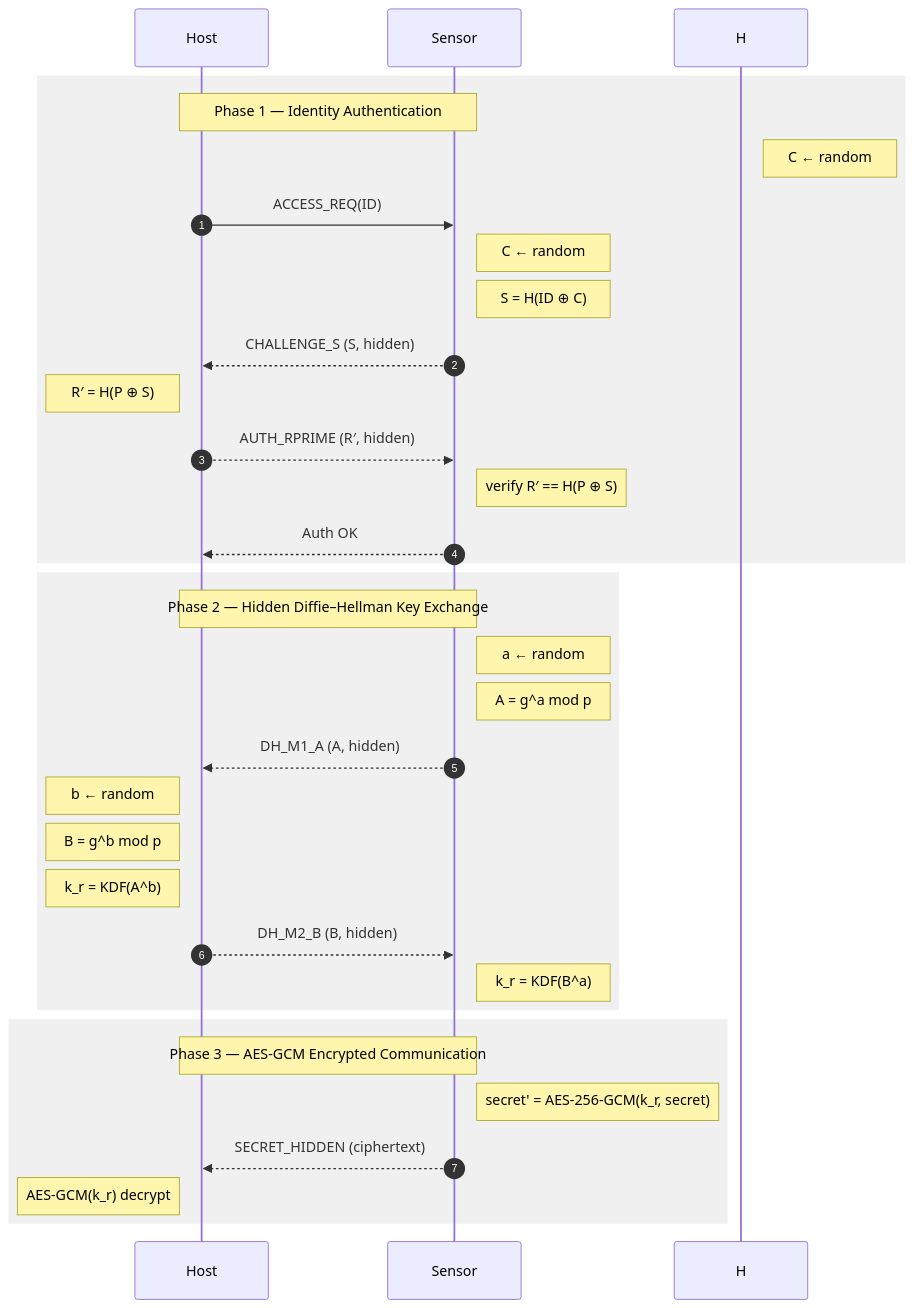
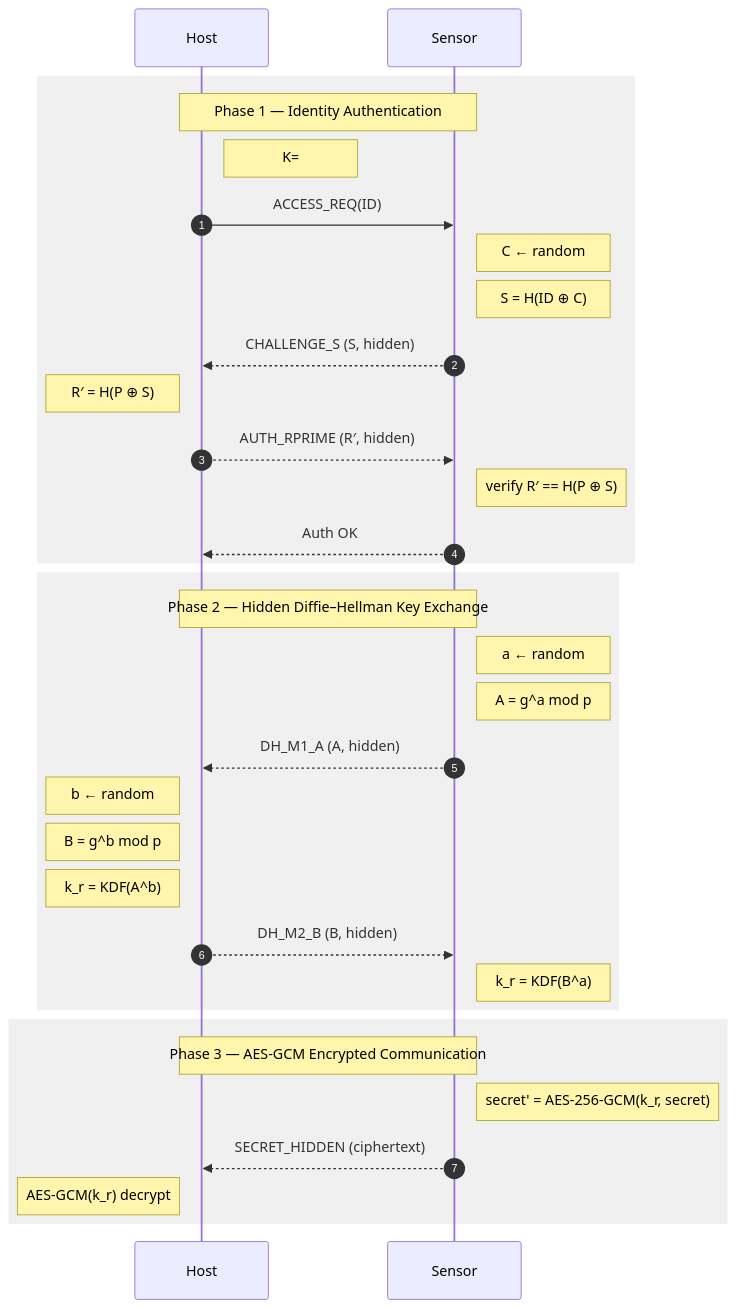
Before and after one commit to TracerWWW/iodraw-files: the diagram in all/KR.md, drawn with Mermaid.

Commit message:
2026-02-06 00:38:13 update

````diff
--- a/all/KR.md
+++ b/all/KR.md
@@ -1,62 +1,62 @@
 ```mermaid
 sequenceDiagram
     autonumber
     participant Host
     participant Sensor
 
     %% =========================
     %% Phase 1: Identity Authentication
     %% =========================
     rect rgb(240,240,240)
     Note over Host,Sensor: Phase 1 — Identity Authentication
 
-    Note right of H: C ← random
+    Note right of Host: K=
 
     Host->>Sensor: ACCESS_REQ(ID)
 
     Note right of Sensor: C ← random
     Note right of Sensor: S = H(ID ⊕ C)
 
     Sensor-->>Host: CHALLENGE_S (S, hidden)
 
     Note left of Host: R′ = H(P ⊕ S)
 
     Host-->>Sensor: AUTH_RPRIME (R′, hidden)
 
     Note right of Sensor: verify R′ == H(P ⊕ S)
     Sensor-->>Host: Auth OK
     end
 
     %% =========================
     %% Phase 2: DH Key Exchange
     %% =========================
     rect rgb(240,240,240)
     Note over Host,Sensor: Phase 2 — Hidden Diffie–Hellman Key Exchange
 
     Note right of Sensor: a ← random
     Note right of Sensor: A = g^a mod p
 
     Sensor-->>Host: DH_M1_A (A, hidden)
 
     Note left of Host: b ← random
     Note left of Host: B = g^b mod p
     Note left of Host: k_r = KDF(A^b)
 
     Host-->>Sensor: DH_M2_B (B, hidden)
 
     Note right of Sensor: k_r = KDF(B^a)
     end
 
     %% =========================
     %% Phase 3: Secure Communication
     %% =========================
     rect rgb(240,240,240)
     Note over Host,Sensor: Phase 3 — AES-GCM Encrypted Communication
 
     Note right of Sensor: secret' = AES-256-GCM(k_r, secret)
 
     Sensor-->>Host: SECRET_HIDDEN (ciphertext)
 
     Note left of Host: AES-GCM(k_r) decrypt
     end
 ```
````
